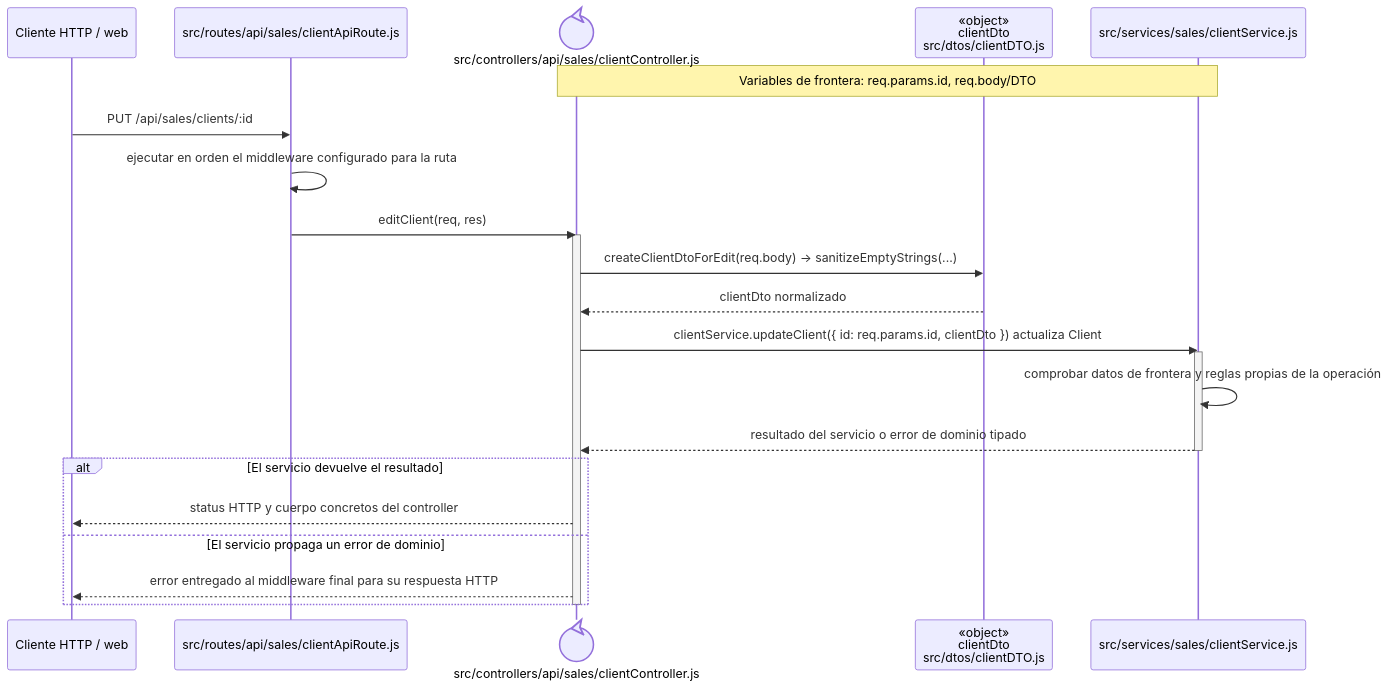
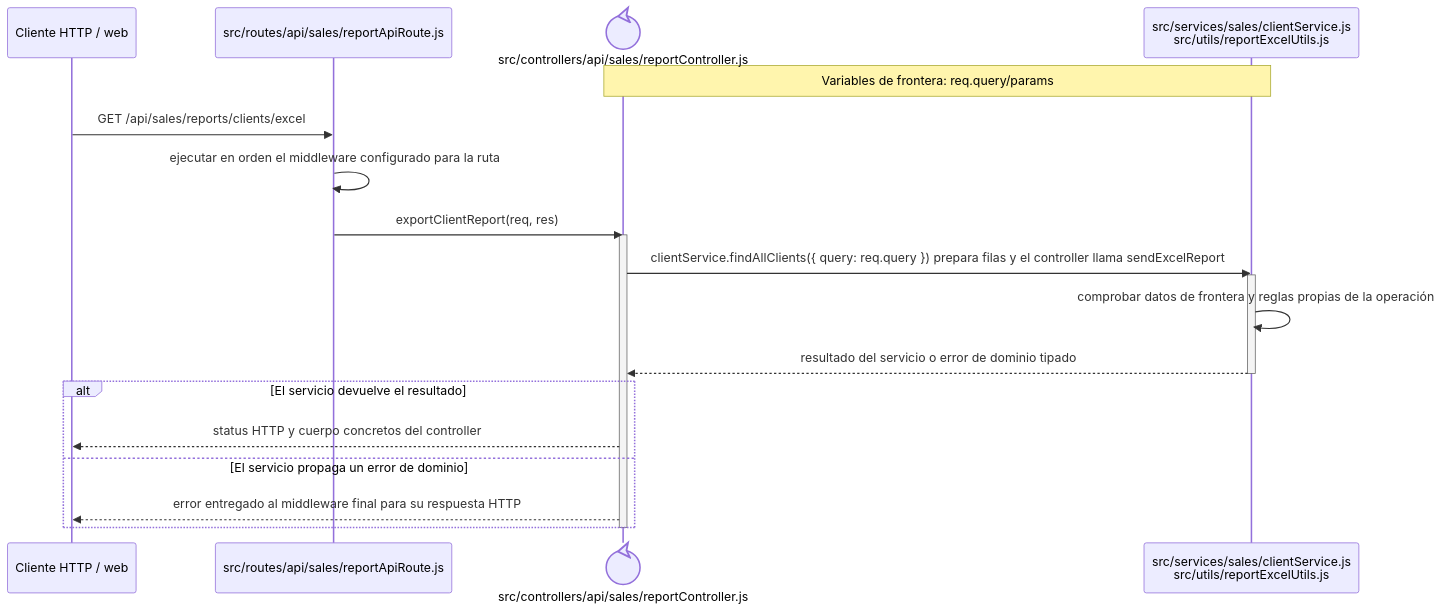
One commit to gpgsistemas01/nexus changed the diagram in docs/architecture/backend-code-sequences/catalogs/cu-cat-17.md. Above: the diagram before and after it, drawn with Mermaid. The commit also changed other lines of this file and 207 other files, not shown here.

````diff
--- a/docs/architecture/backend-code-sequences/catalogs/cu-cat-17.md
+++ b/docs/architecture/backend-code-sequences/catalogs/cu-cat-17.md
@@ -6,27 +6,24 @@
 ```mermaid
 sequenceDiagram
     participant Client as Cliente HTTP / web
-    participant Route as src/routes/api/sales/clientApiRoute.js
-    participant Controller@{ "type": "control" } as src/controllers/api/sales/clientController.js
-    participant ClientDto as «object»<br/>clientDto<br/>src/dtos/clientDTO.js
-    participant Domain as src/services/sales/clientService.js
-    Note over Controller,Domain: Variables de frontera: req.params.id, req.body/DTO
+    participant Route as src/routes/api/sales/reportApiRoute.js
+    participant Controller@{ "type": "control" } as src/controllers/api/sales/reportController.js
+    participant Domain as src/services/sales/clientService.js<br/>src/utils/reportExcelUtils.js
+    Note over Controller,Domain: Variables de frontera: req.query/params
 
-    Client->>Route: PUT /api/sales/clients/:id
+    Client->>Route: GET /api/sales/reports/clients/excel
     Route->>Route: ejecutar en orden el middleware configurado para la ruta
-    Route->>Controller: editClient(req, res)
+    Route->>Controller: exportClientReport(req, res)
     activate Controller
-    Controller->>ClientDto: createClientDtoForEdit(req.body) → sanitizeEmptyStrings(...)
-    ClientDto-->>Controller: clientDto normalizado
-    Controller->>Domain: clientService.updateClient({ id: req.params.id, clientDto }) actualiza Client
+    Controller->>Domain: clientService.findAllClients({ query: req.query }) prepara filas y el controller llama sendExcelReport
     activate Domain
     Domain->>Domain: comprobar datos de frontera y reglas propias de la operación
     Domain-->>Controller: resultado del servicio o error de dominio tipado
     deactivate Domain
     alt El servicio devuelve el resultado
         Controller-->>Client: status HTTP y cuerpo concretos del controller
     else El servicio propaga un error de dominio
         Controller-->>Client: error entregado al middleware final para su respuesta HTTP
     end
     deactivate Controller
 ```
````
